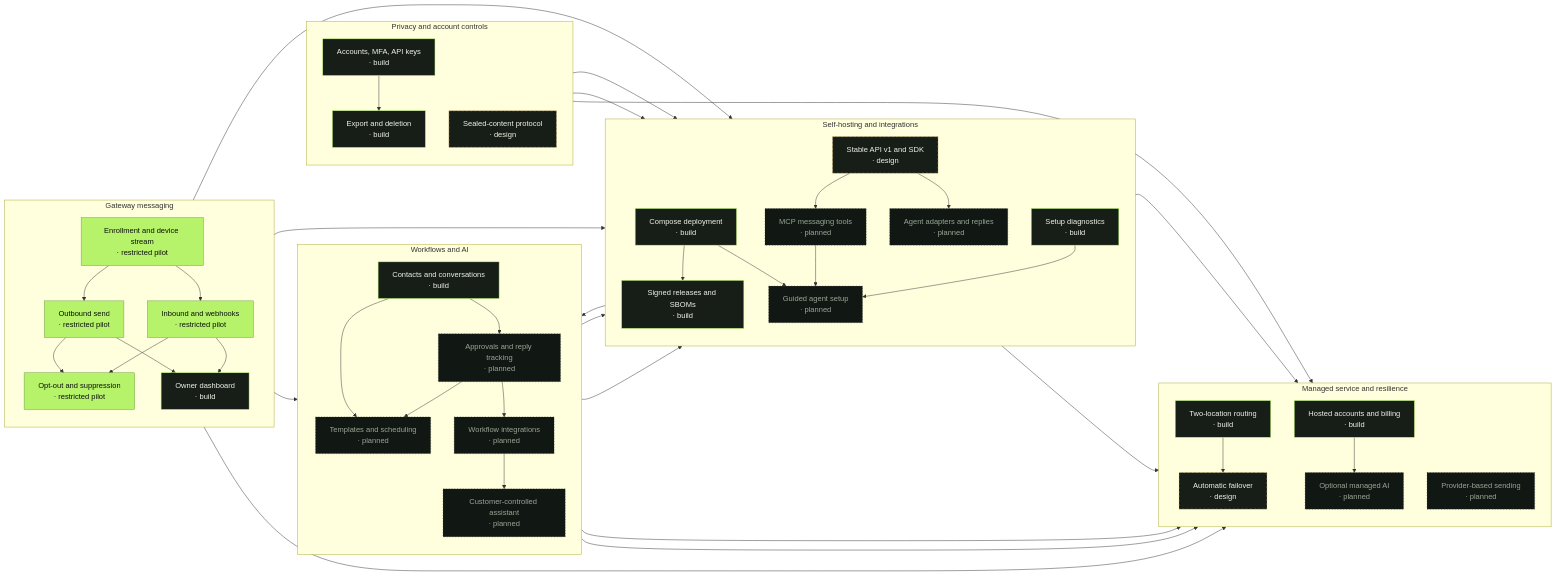
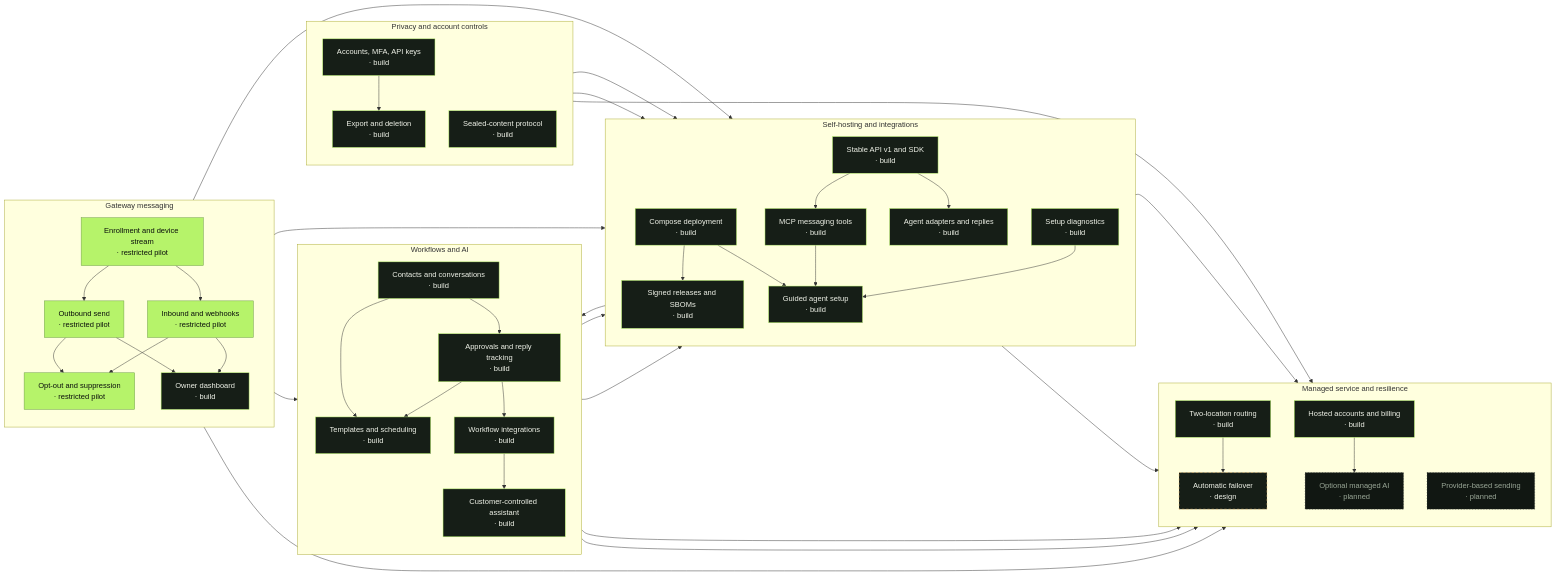
One commit to pboachie/zrotext changed the third of 4 diagrams in docs/ROADMAP.md. Above: the diagram before and after it, drawn with Mermaid. The commit also changed other lines of this file and 6 other files, not shown here.

Commit message:
Align public roadmap with merged messaging and workflow groundwork

```diff
--- a/docs/ROADMAP.md
+++ b/docs/ROADMAP.md
@@ -124,7 +124,7 @@
     subgraph t_privacy["Privacy and account controls"]
         direction TB
         c_accounts["Accounts, MFA, API keys<br/>· build"]:::build
-        c_sealed["Sealed-content protocol<br/>· design"]:::design
+        c_sealed["Sealed-content protocol<br/>· build"]:::build
         c_export["Export and deletion<br/>· build"]:::build
         c_accounts --> c_export
     end
@@ -133,11 +133,11 @@
         direction TB
         c_compose["Compose deployment<br/>· build"]:::build
         c_releases["Signed releases and SBOMs<br/>· build"]:::build
-        c_api["Stable API v1 and SDK<br/>· design"]:::design
+        c_api["Stable API v1 and SDK<br/>· build"]:::build
         c_diagnostics["Setup diagnostics<br/>· build"]:::build
-        c_mcp["MCP messaging tools<br/>· planned"]:::planned
-        c_agenttools["Agent adapters and replies<br/>· planned"]:::planned
-        c_agentsetup["Guided agent setup<br/>· planned"]:::planned
+        c_mcp["MCP messaging tools<br/>· build"]:::build
+        c_agenttools["Agent adapters and replies<br/>· build"]:::build
+        c_agentsetup["Guided agent setup<br/>· build"]:::build
         c_compose --> c_releases
         c_api --> c_mcp
         c_api --> c_agenttools
@@ -149,10 +149,10 @@
     subgraph t_workflows["Workflows and AI"]
         direction TB
         c_contacts["Contacts and conversations<br/>· build"]:::build
-        c_scheduling["Templates and scheduling<br/>· planned"]:::planned
-        c_approvals["Approvals and reply tracking<br/>· planned"]:::planned
-        c_integrations["Workflow integrations<br/>· planned"]:::planned
-        c_assistant["Customer-controlled assistant<br/>· planned"]:::planned
+        c_scheduling["Templates and scheduling<br/>· build"]:::build
+        c_approvals["Approvals and reply tracking<br/>· build"]:::build
+        c_integrations["Workflow integrations<br/>· build"]:::build
+        c_assistant["Customer-controlled assistant<br/>· build"]:::build
         c_contacts --> c_scheduling
         c_contacts --> c_approvals
         c_approvals --> c_scheduling
```
